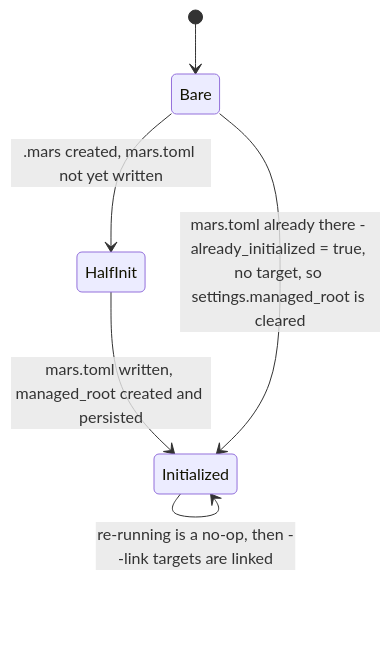
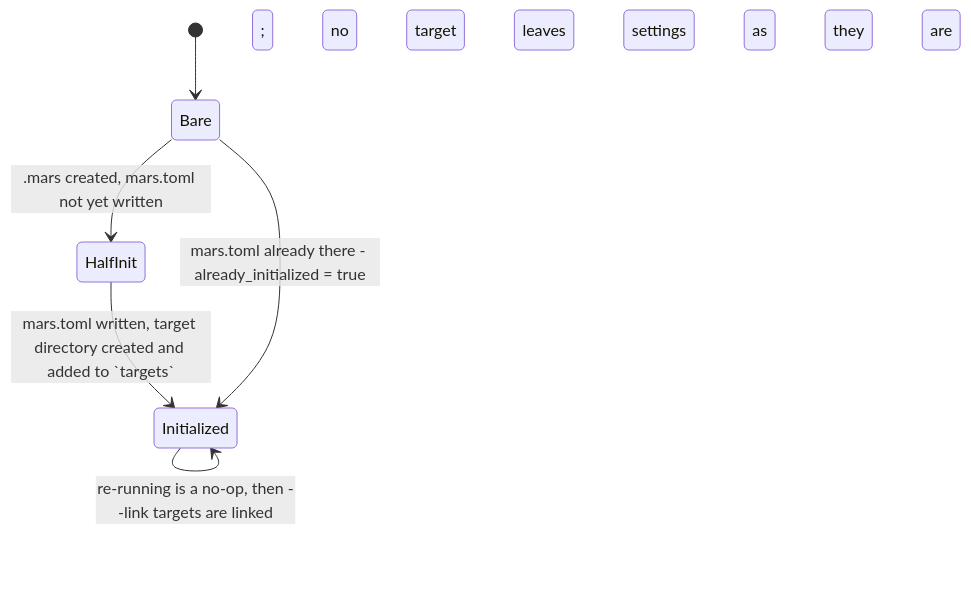
One commit to haowjy/mars-agents changed the seventh of 7 diagrams in src/cli/.context/state-machines.md. Above: the diagram before and after it, drawn with Mermaid. The commit also changed other lines of this file and 29 other files, not shown here.

First line of the commit message:
Retire managed_root: init writes targets, the old key warns once

````diff
--- a/src/cli/.context/state-machines.md
+++ b/src/cli/.context/state-machines.md
@@ -217,8 +218,8 @@
 ```mermaid
 stateDiagram-v2
   [*] --> Bare
   Bare --> HalfInit: .mars created, mars.toml not yet written
-  HalfInit --> Initialized: mars.toml written, managed_root created and persisted
-  Bare --> Initialized: mars.toml already there - already_initialized = true, no target, so settings.managed_root is cleared
+  HalfInit --> Initialized: mars.toml written, target directory created and added to `targets`
+  Bare --> Initialized: mars.toml already there - already_initialized = true; no target leaves settings as they are
   Initialized --> Initialized: re-running is a no-op, then --link targets are linked
 ```
````
